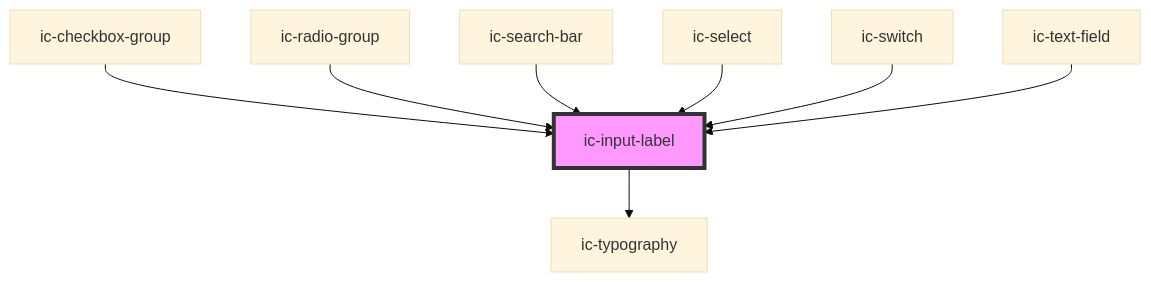
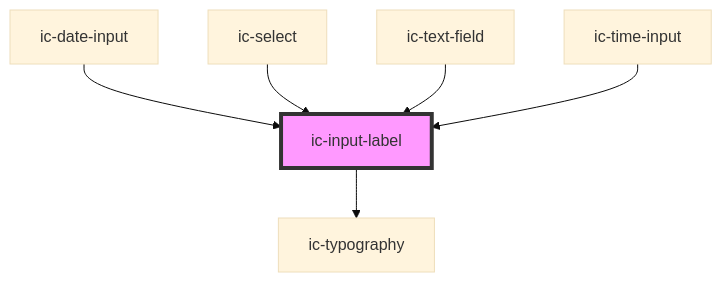
Before and after one commit to mi6/ic-ui-kit: the diagram in packages/web-components/src/components/ic-input-label/readme.md, drawn with Mermaid (base theme). The commit also changed other lines of this file and 19 other files, not shown here.

````diff
--- a/packages/web-components/src/components/ic-input-label/readme.md
+++ b/packages/web-components/src/components/ic-input-label/readme.md
@@ -38,11 +36,9 @@
 ```mermaid
 graph TD;
   ic-input-label --> ic-typography
-  ic-checkbox-group --> ic-input-label
-  ic-radio-group --> ic-input-label
-  ic-search-bar --> ic-input-label
+  ic-date-input --> ic-input-label
   ic-select --> ic-input-label
-  ic-switch --> ic-input-label
   ic-text-field --> ic-input-label
+  ic-time-input --> ic-input-label
   style ic-input-label fill:#f9f,stroke:#333,stroke-width:4px
 ```
````
